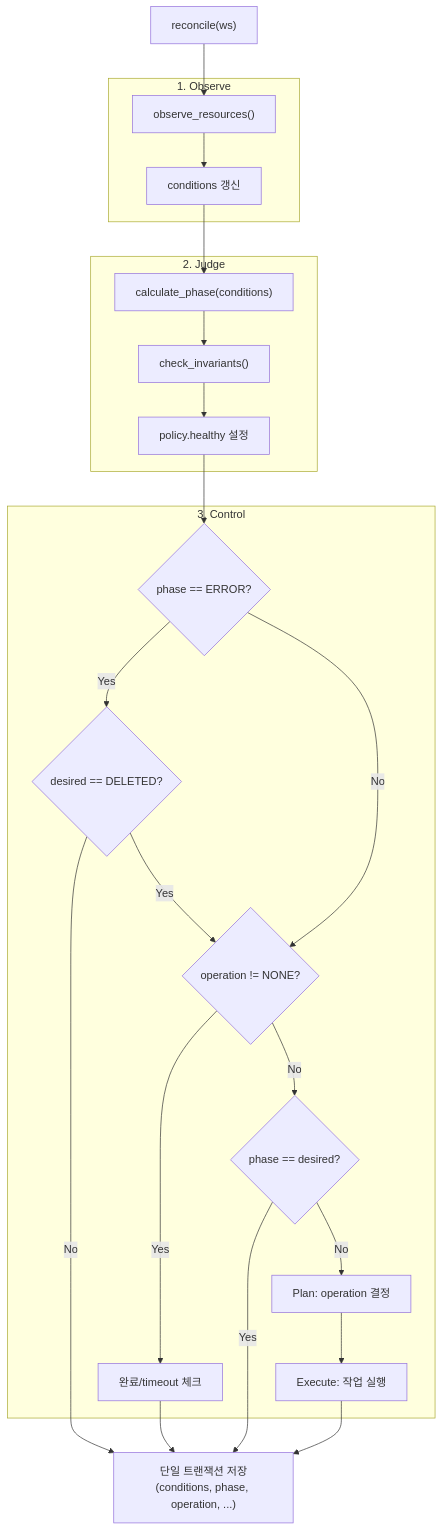
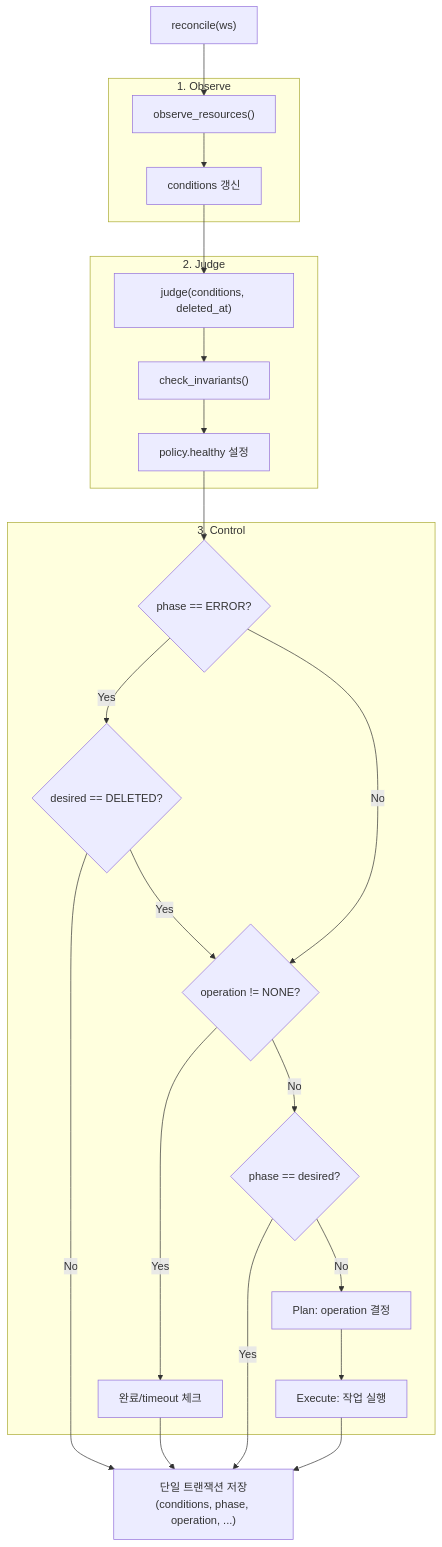
The second of 5 diagrams in docs/spec/04-control-plane.md (cagojeiger/code-hub), drawn with Mermaid before and after one commit. The commit also changed 3 other files, not shown here.

````diff
--- a/docs/spec/04-control-plane.md
+++ b/docs/spec/04-control-plane.md
@@ -124,37 +124,37 @@
 ```mermaid
 flowchart TB
     START["reconcile(ws)"]
 
     subgraph Observe["1. Observe"]
         OBS["observe_resources()"]
         COND["conditions 갱신"]
     end
 
     subgraph Judge["2. Judge"]
-        CALC["calculate_phase(conditions)"]
+        CALC["judge(conditions, deleted_at)"]
         INV["check_invariants()"]
         HEALTH["policy.healthy 설정"]
     end
 
     subgraph Control["3. Control"]
         PHASE{"phase == ERROR?"}
         DEL{"desired == DELETED?"}
         OP{"operation != NONE?"}
         CONV{"phase == desired?"}
         CHECK["완료/timeout 체크"]
         PLAN["Plan: operation 결정"]
         EXEC["Execute: 작업 실행"]
     end
 
     SAVE["단일 트랜잭션 저장<br/>(conditions, phase, operation, ...)"]
 
     START --> OBS --> COND --> CALC --> INV --> HEALTH --> PHASE
     PHASE -->|Yes| DEL
     DEL -->|Yes| OP
     DEL -->|No| SAVE
     PHASE -->|No| OP
     OP -->|Yes| CHECK --> SAVE
     OP -->|No| CONV
     CONV -->|Yes| SAVE
     CONV -->|No| PLAN --> EXEC --> SAVE
 ```
````
